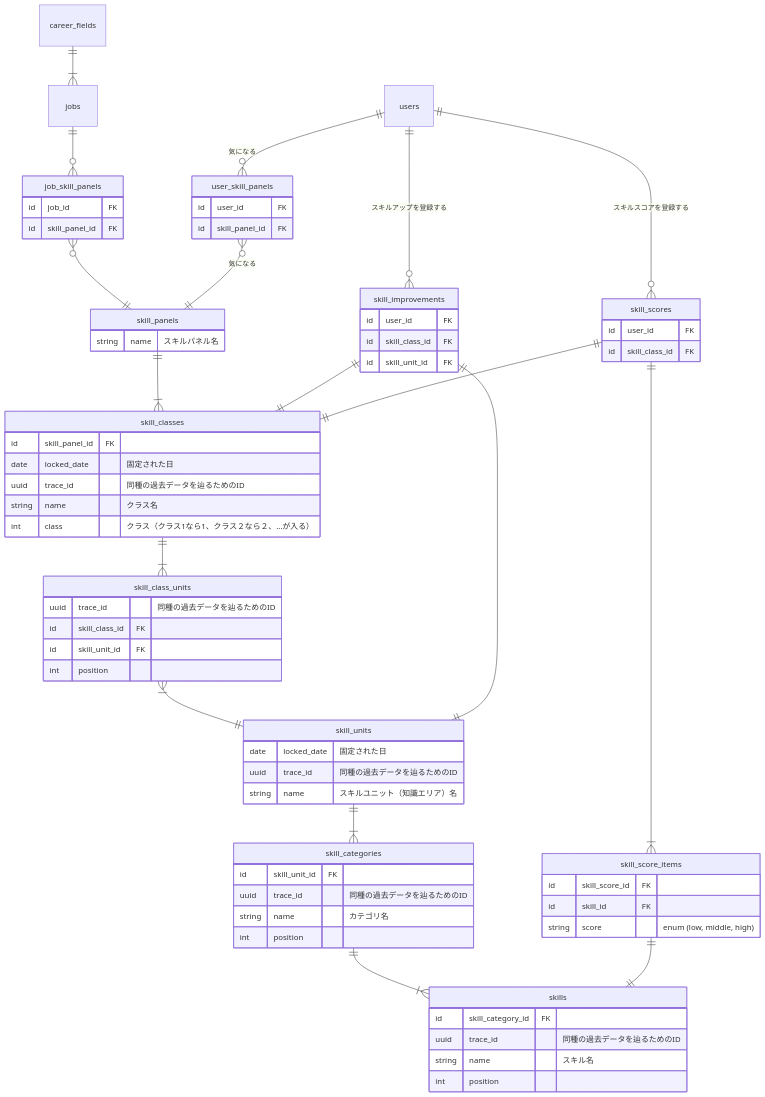
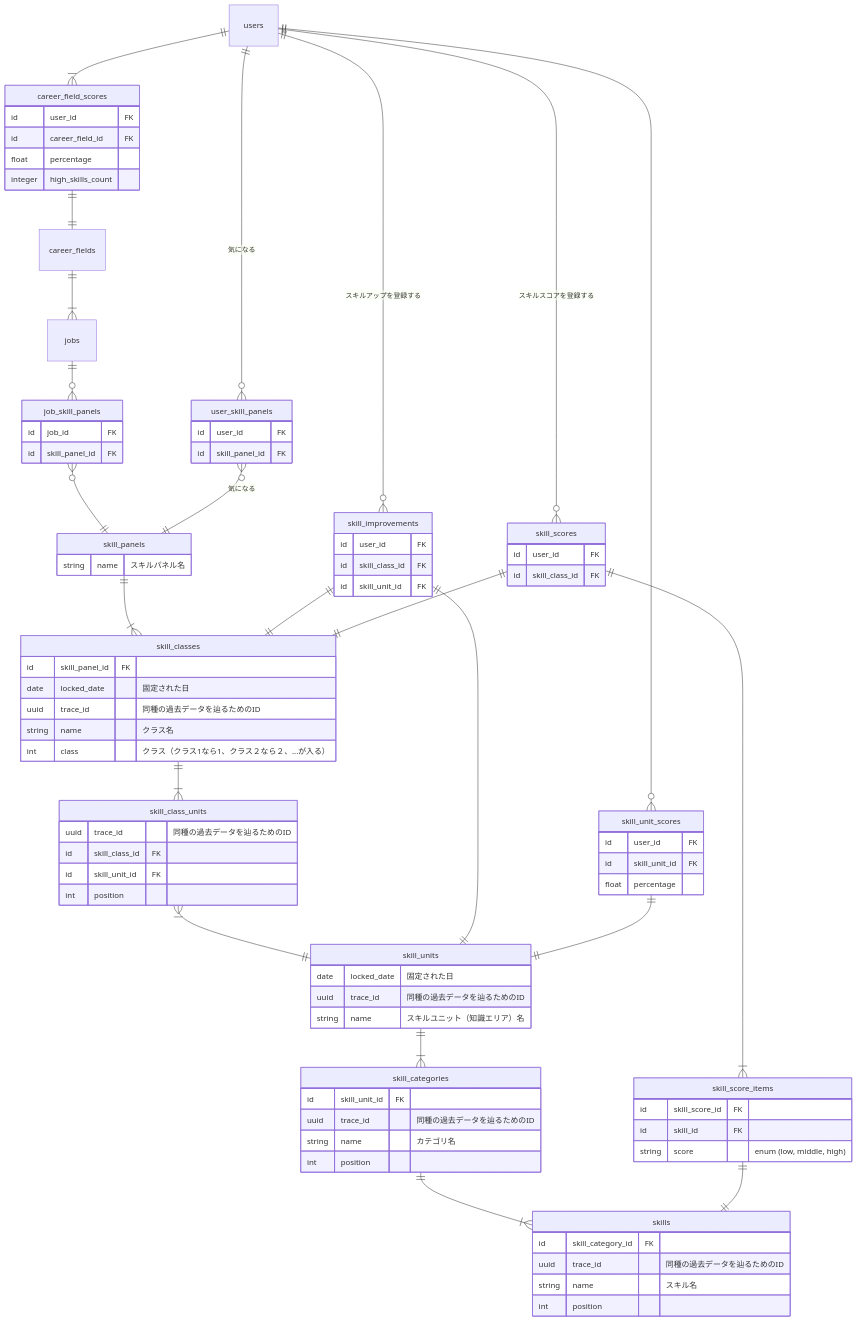
One commit to bright-org/bright changed the second of 3 diagrams in docs/logics/update_skill_panels.md. Above: the diagram before and after it, drawn with Mermaid. The commit also changed other lines of this file, not shown here.

````diff
--- a/docs/logics/update_skill_panels.md
+++ b/docs/logics/update_skill_panels.md
@@ -100,6 +100,10 @@
   skill_scores ||--|| skill_classes : ""
   skill_scores ||--|{ skill_score_items : ""
   skill_score_items ||--|| skills : ""
+  users ||--|{ career_field_scores : ""
+  career_field_scores ||--|| career_fields : ""
+  users ||--o{ skill_unit_scores : ""
+  skill_unit_scores ||--|| skill_units : ""
 
   skill_panels {
     string name "スキルパネル名"
@@ -161,9 +165,22 @@
     id skill_class_id FK
   }
 
+  skill_unit_scores {
+    id user_id FK
+    id skill_unit_id FK
+    float percentage
+  }
+
   skill_score_items {
     id skill_score_id FK
     id skill_id FK
     string score "enum (low, middle, high)"
   }
+
+  career_field_scores {
+    id user_id FK
+    id career_field_id FK
+    float percentage
+    integer high_skills_count
+  }
 ```
````
